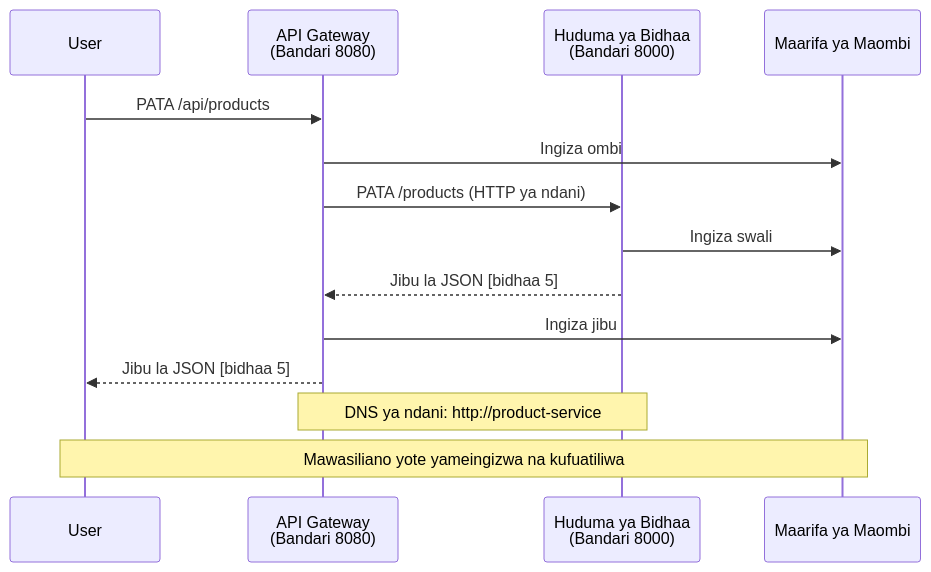
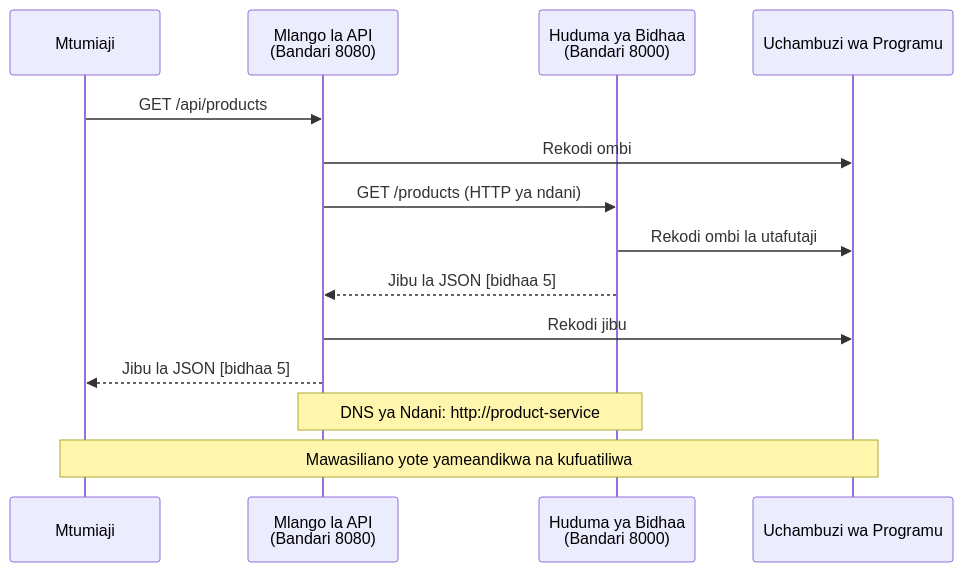
One commit to microsoft/AZD-for-beginners changed the fourth of 4 diagrams in translations/sw/examples/microservices/README.md. Above: the diagram before and after it, drawn with Mermaid. The commit also changed other lines of this file and 243 other files, not shown here.

````diff
--- a/translations/sw/examples/microservices/README.md
+++ b/translations/sw/examples/microservices/README.md
@@ -432,18 +423,18 @@
 ```mermaid
 sequenceDiagram
-    participant User
-    participant Gateway as API Gateway<br/>(Bandari 8080)
+    participant User as Mtumiaji
+    participant Gateway as Mlango la API<br/>(Bandari 8080)
     participant Product as Huduma ya Bidhaa<br/>(Bandari 8000)
-    participant AI as Maarifa ya Maombi
+    participant AI as Uchambuzi wa Programu
     
-    User->>Gateway: PATA /api/products
-    Gateway->>AI: Ingiza ombi
-    Gateway->>Product: PATA /products (HTTP ya ndani)
-    Product->>AI: Ingiza swali
+    User->>Gateway: GET /api/products
+    Gateway->>AI: Rekodi ombi
+    Gateway->>Product: GET /products (HTTP ya ndani)
+    Product->>AI: Rekodi ombi la utafutaji
     Product-->>Gateway: Jibu la JSON [bidhaa 5]
-    Gateway->>AI: Ingiza jibu
+    Gateway->>AI: Rekodi jibu
     Gateway-->>User: Jibu la JSON [bidhaa 5]
     
-    Note over Gateway,Product: DNS ya ndani: http://product-service
-    Note over User,AI: Mawasiliano yote yameingizwa na kufuatiliwa
+    Note over Gateway,Product: DNS ya Ndani: http://product-service
+    Note over User,AI: Mawasiliano yote yameandikwa na kufuatiliwa
 ```
````
